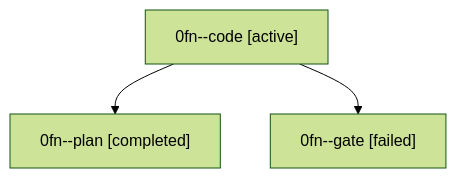
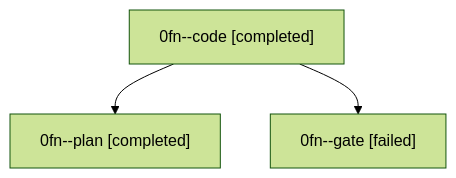
Before and after one commit to sase-org/sase--agents: the diagram in families/bbugyi200.athena.0fn.md, drawn with Mermaid (forest theme). The commit also changed other lines of this file and 793 other files, not shown here.

````diff
--- a/families/bbugyi200.athena.0fn.md
+++ b/families/bbugyi200.athena.0fn.md
@@ -9,8 +9,8 @@
 ```mermaid
 flowchart TD
-  n0["0fn--code [active]"]
+  n0["0fn--code [completed]"]
   n1["0fn--plan [completed]"]
   n0 --> n1
   n2["0fn--gate [failed]"]
   n0 --> n2
 ```
````
